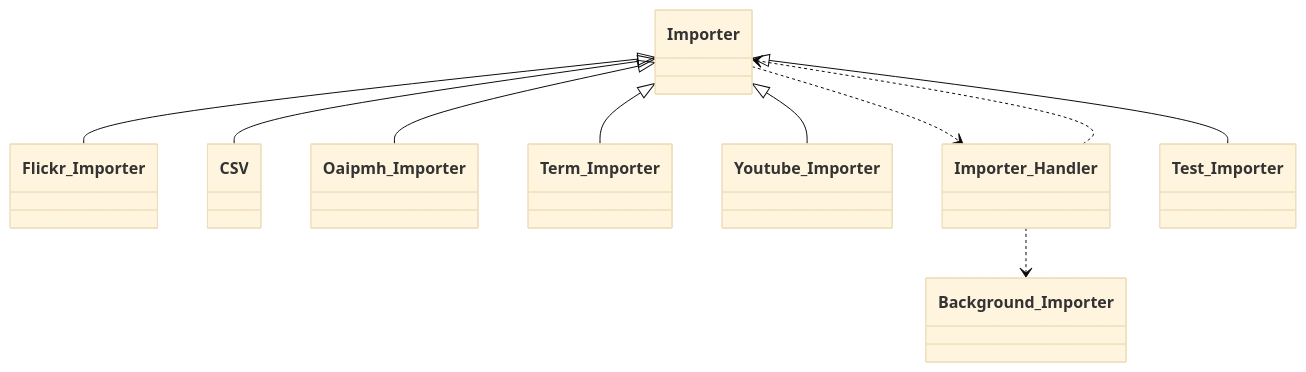
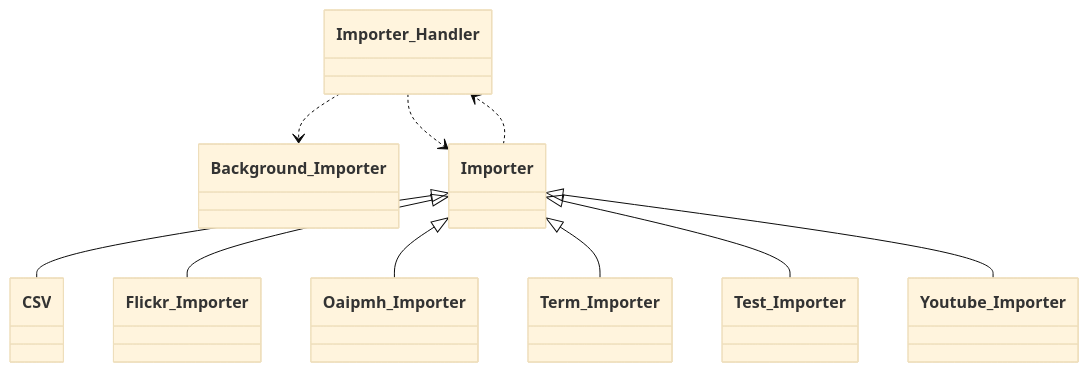
The diagram in docs/diagrams/tainacan-namespace-Tainacan-Importer.mmd (tainacan/tainacan), drawn with Mermaid (base theme) before and after one commit. The commit also changed other lines of this file and 94 other files, not shown here.

```diff
--- a/docs/diagrams/tainacan-namespace-Tainacan-Importer.mmd
+++ b/docs/diagrams/tainacan-namespace-Tainacan-Importer.mmd
@@ -1,20 +1,20 @@
 classDiagram
     direction TB
     class Flickr_Importer { }
     class CSV { }
     class Background_Importer { }
+    class Youtube_Importer { }
+    class Importer_Handler { }
     class Oaipmh_Importer { }
     class Importer { }
     class Term_Importer { }
-    class Youtube_Importer { }
-    class Importer_Handler { }
     class Test_Importer { }
     Importer ..> Importer_Handler
     Importer <|-- CSV
     Importer <|-- Flickr_Importer
     Importer <|-- Oaipmh_Importer
     Importer <|-- Term_Importer
     Importer <|-- Test_Importer
     Importer <|-- Youtube_Importer
     Importer_Handler ..> Background_Importer
     Importer_Handler ..> Importer
```
